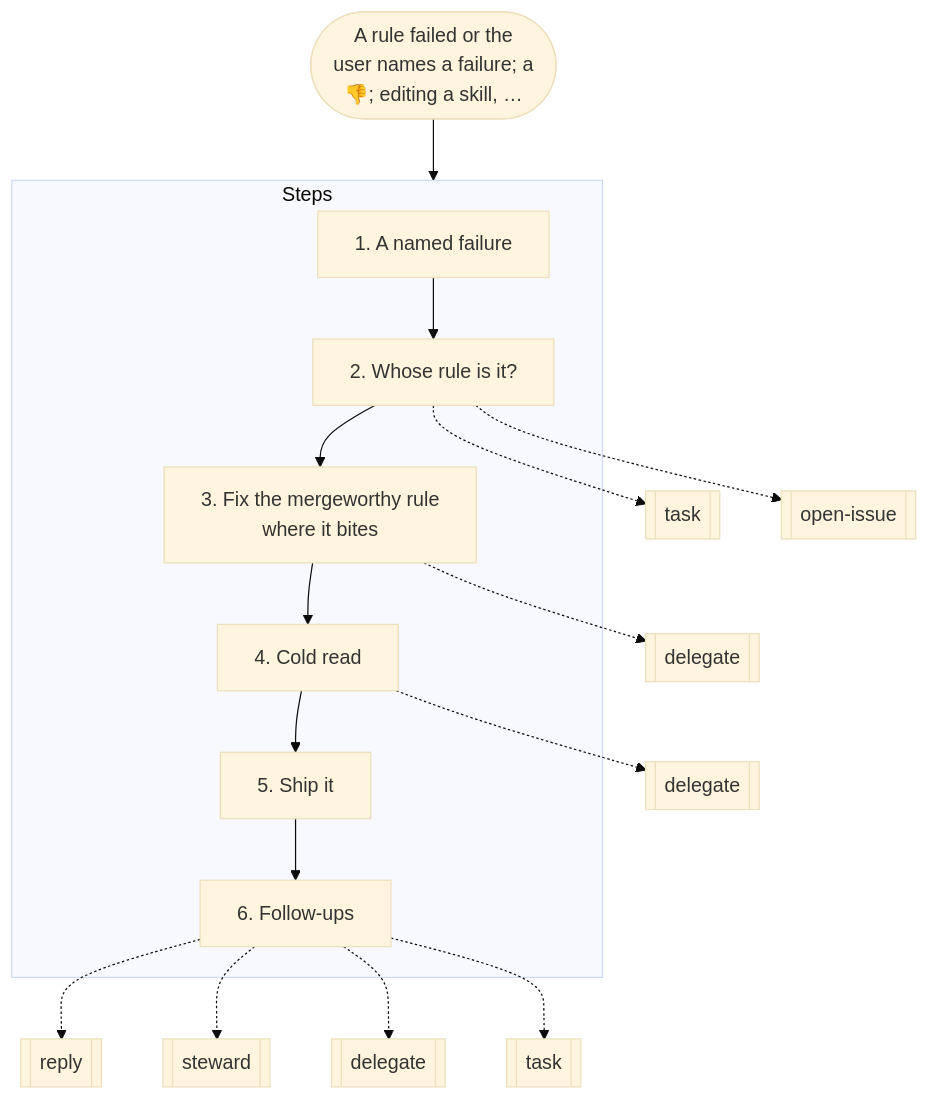
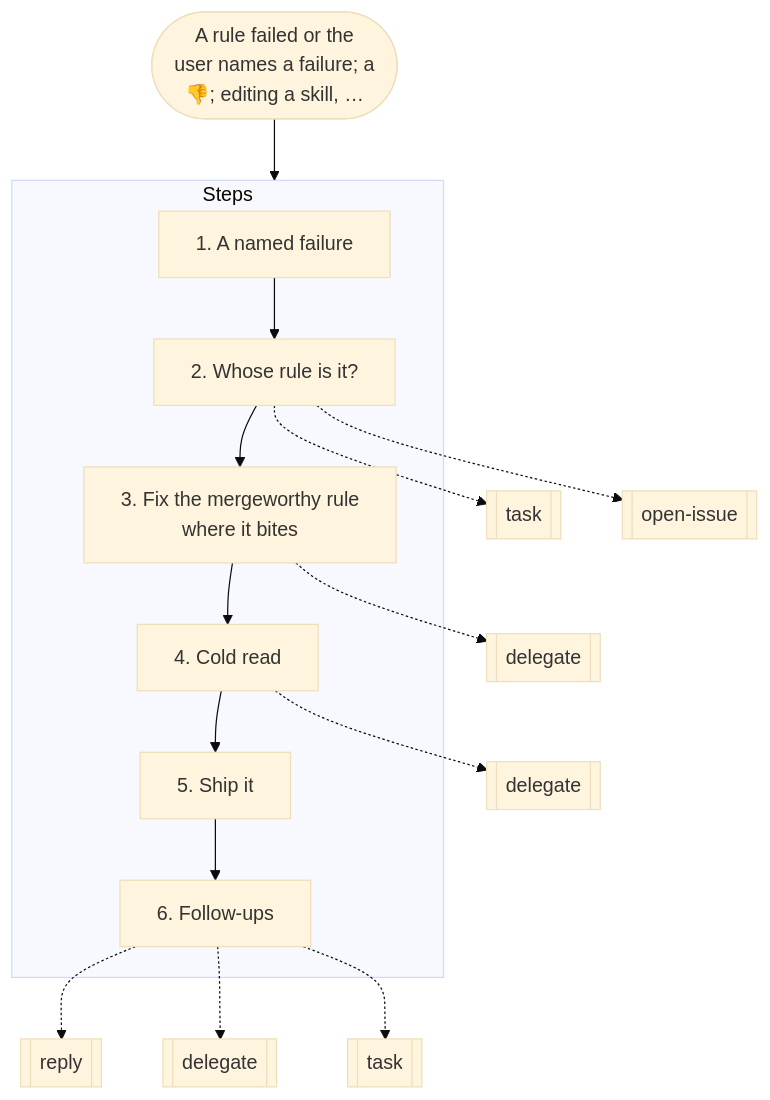
Before and after one commit to nitedani/mergeworthy: the ninth of 19 diagrams in docs/graphs.md, drawn with Mermaid (base theme). The commit also changed other lines of this file and 8 other files, not shown here.

````diff
--- a/docs/graphs.md
+++ b/docs/graphs.md
@@ -237,26 +237,25 @@
 ```mermaid
 flowchart TB
   start(["A rule failed or the<br/>user names a failure; a<br/>👎; editing a skill, …"])
   subgraph g0["Steps"]
     s0["1. A named failure"]
     s1["2. Whose rule is it?"]
     s0 --> s1
     s2["3. Fix the mergeworthy rule<br/>where it bites"]
     s1 --> s2
     s3["4. Cold read"]
     s2 --> s3
     s4["5. Ship it"]
     s3 --> s4
     s5["6. Follow-ups"]
     s4 --> s5
   end
   s1 -.-> r1[["task"]]
   s1 -.-> r2[["open-issue"]]
   s2 -.-> r3[["delegate"]]
   s3 -.-> r4[["delegate"]]
   s5 -.-> r5[["reply"]]
-  s5 -.-> r6[["steward"]]
-  s5 -.-> r7[["delegate"]]
-  s5 -.-> r8[["task"]]
+  s5 -.-> r6[["delegate"]]
+  s5 -.-> r7[["task"]]
   start --> g0
 ```
````
